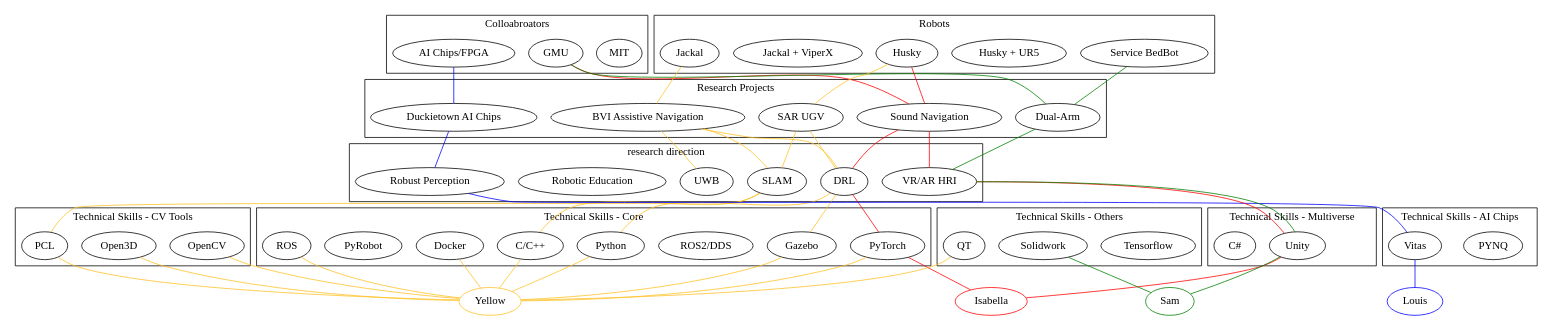
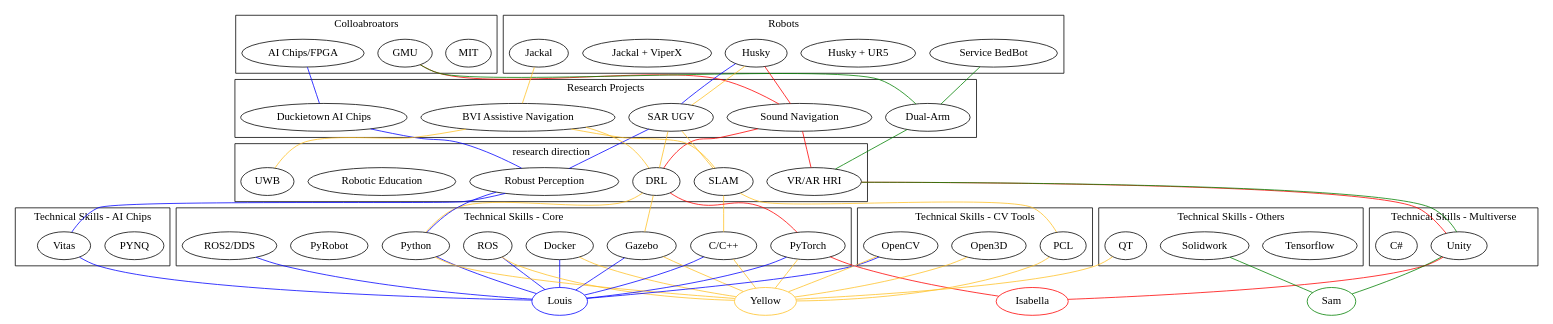
Before and after one commit to ARG-NCTU/robotics-skill-tree: the diagram in research_tree_lab.dot, drawn with Graphviz.

Commit message:
Louis skill tree

```diff
--- a/research_tree_lab.dot
+++ b/research_tree_lab.dot
@@ -1,69 +1,72 @@
 
 graph {
 subgraph cluster_A {
 label = "Colloabroators" ;
 "MIT" "GMU" "AI Chips/FPGA"
 }
 
 subgraph cluster_A1 {
 label = "Robots" ;
 "Husky" "Husky + UR5" "Jackal" "Jackal + ViperX" "Service BedBot"
 }
 
 subgraph cluster_B{
 label = "Research Projects" ;
 "Duckietown AI Chips" "Sound Navigation" "Dual-Arm" "SAR UGV" "BVI Assistive Navigation"
 
 }
 
 subgraph cluster_C{
 label = "research direction";
 "SLAM" "DRL" "Robust Perception" "VR/AR HRI" "Robotic Education" "UWB"
 }
 
 subgraph cluster_D{
 label = "Technical Skills - Core" ;
 "Docker" "ROS" "ROS2/DDS" "Gazebo" "PyTorch" "Python" "PyRobot" "C/C++"
 }
 
 subgraph cluster_D1{
 label = "Technical Skills - Multiverse" ;
 "Unity" "C#"
 }
 
 subgraph cluster_D2{
 label = "Technical Skills - AI Chips" ;
  "PYNQ" "Vitas"
 }
 
 subgraph cluster_D3{
 label = "Technical Skills - CV Tools" ;
  "OpenCV" "Open3D" "PCL"
 }
 
 subgraph cluster_D4{
 label = "Technical Skills - Others" ;
 "ROS" "ROS2/DDS" "Tensorflow" "Solidwork" "QT"
 }
 
 "Isabella" [color=red];
 "GMU" -- "Sound Navigation" -- "VR/AR HRI" -- "Unity" -- "Isabella"[color=red];
 "Husky" --  "Sound Navigation" -- "DRL" -- "PyTorch" -- "Isabella"[color=red];
 
 
 "Sam" [color=green];
 "GMU" -- "Dual-Arm" -- "VR/AR HRI" -- "Unity" -- "Sam"[color=green];
 "Service BedBot" --  "Dual-Arm" [color=green];
 "Solidwork" -- "Sam"[color=green];
 
 "Louis" [color=blue];
 "AI Chips/FPGA" -- "Duckietown AI Chips" -- "Robust Perception" -- "Vitas" -- "Louis"[color=blue];
+"Python" -- "Robust Perception"[color=blue];
+"Husky" -- "SAR UGV" -- "Robust Perception"[color=blue];
+"OpenCV" -- "Louis"[color=blue]; "ROS" -- "Louis"[color=blue]; "Docker" -- "Louis"[color=blue]; "C/C++" -- "Louis"[color=blue]; "Python" -- "Louis"[color=blue]; "ROS2/DDS" -- "Louis"[color=blue]; "Gazebo" -- "Louis"[color=blue]; "PyTorch" -- "Louis"[color=blue];
 
 "Yellow" [color=goldenrod1];
 "Jackal" -- "BVI Assistive Navigation" -- "DRL"[color=goldenrod1] ;
             "BVI Assistive Navigation" -- "SLAM" -- "PCL"[color=goldenrod1] ;"SLAM" -- "C/C++"[color=goldenrod1] ;
             "BVI Assistive Navigation" -- "UWB"[color=goldenrod1] ;
 "Husky" -- "SAR UGV" -- "DRL"[color=goldenrod1];"DRL" -- "Gazebo"[color=goldenrod1];"DRL" -- "Python"[color=goldenrod1];
            "SAR UGV" -- "SLAM"[color=goldenrod1];
 "C/C++" -- "Yellow"[color=goldenrod1] ;"Python" -- "Yellow"[color=goldenrod1] ;"PyTorch" -- "Yellow"[color=goldenrod1] ;"Gazebo" -- "Yellow"[color=goldenrod1] ;"ROS" -- "Yellow"[color=goldenrod1] ;"Docker" -- "Yellow"[color=goldenrod1] ;"QT" -- "Yellow"[color=goldenrod1] ;"OpenCV" -- "Yellow"[color=goldenrod1] ;"Open3D" -- "Yellow"[color=goldenrod1] ;"PCL" -- "Yellow"[color=goldenrod1] ;
 }
```
